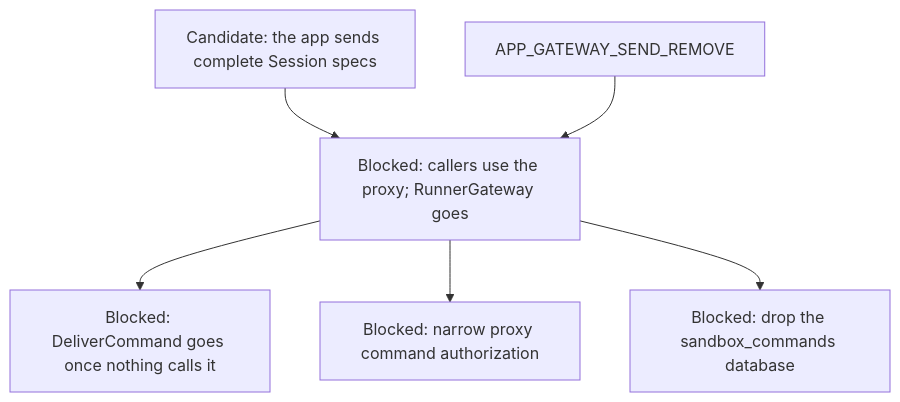
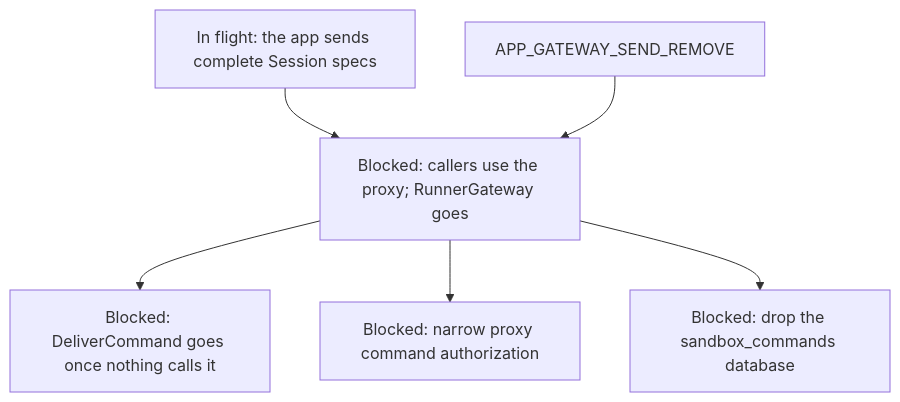
Before and after one commit to agentydragon-agent/ducktape: diagram 15 of 15 in agentplane/plans/task_dag.md, drawn with Mermaid. The commit also changed other lines of this file and 2 other files, not shown here.

````diff
--- a/agentplane/plans/task_dag.md
+++ b/agentplane/plans/task_dag.md
@@ -1240,13 +1277,13 @@
 ```mermaid
 flowchart TD
-    APP_SESSION_DEFAULTS[Candidate: the app sends complete Session specs]
+    APP_SESSION_DEFAULTS[In flight: the app sends complete Session specs]
     RUNNER_COMMAND_RPCS[Blocked: DeliverCommand goes once nothing calls it]
     GATEWAY_WRAPPER_RETIRE --> RUNNER_COMMAND_RPCS
     GATEWAY_WRAPPER_RETIRE[Blocked: callers use the proxy; RunnerGateway goes]
     GATEWAY_DATABASE_DROP[Blocked: drop the sandbox_commands database]
     APP_SESSION_DEFAULTS --> GATEWAY_WRAPPER_RETIRE
     APP_GATEWAY_SEND_REMOVE --> GATEWAY_WRAPPER_RETIRE
     PROXY_START_METHODS_DISPATCHER_ONLY[Blocked: narrow proxy command authorization]
     GATEWAY_WRAPPER_RETIRE --> PROXY_START_METHODS_DISPATCHER_ONLY
     GATEWAY_WRAPPER_RETIRE --> GATEWAY_DATABASE_DROP
 ```
````
